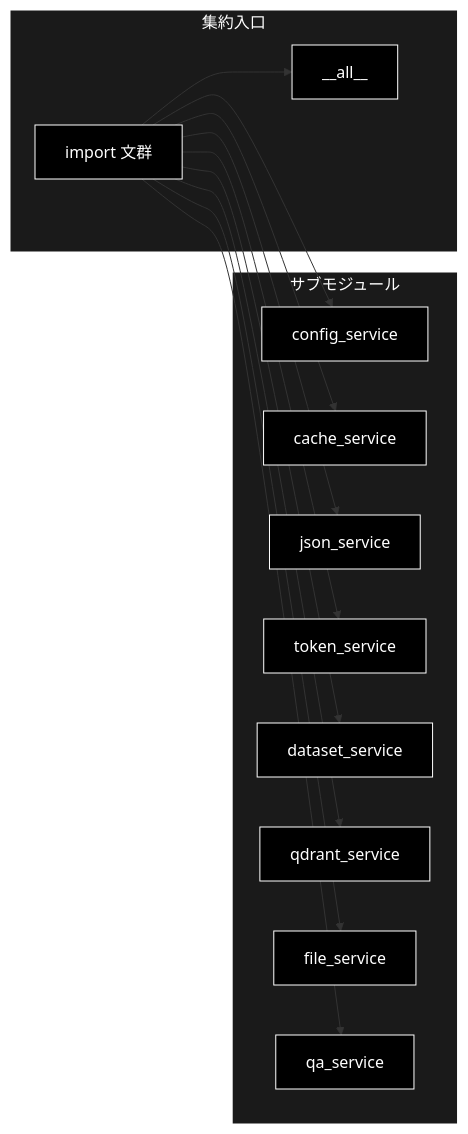
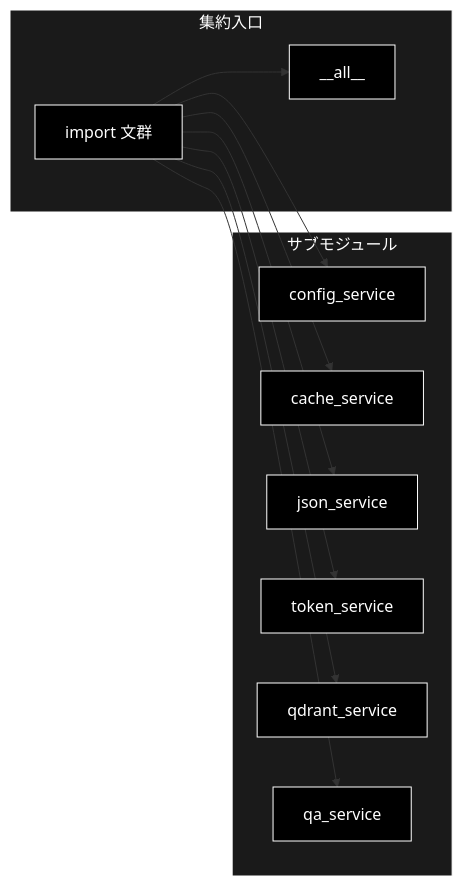
The second of 3 diagrams in services/docs/__init__.md (nakashima2toshio/grace_v2_local), drawn with Mermaid before and after one commit. The commit also changed other lines of this file and 11 other files, not shown here.

First line of the commit message:
chore(services): 呼び出し元の無い dataset_service / file_service を削除する

````diff
--- a/services/docs/__init__.md
+++ b/services/docs/__init__.md
@@ -121,33 +121,29 @@
 ```mermaid
 flowchart LR
     subgraph ENTRY["集約入口"]
         ALL["__all__"]
         IMPORTS["import 文群"]
     end
 
     subgraph SERVICES["サブモジュール"]
         CFG["config_service"]
         CCH["cache_service"]
         JSN["json_service"]
         TKN["token_service"]
-        DST["dataset_service"]
         QDR["qdrant_service"]
-        FLE["file_service"]
         QAA["qa_service"]
     end
 
     IMPORTS --> CFG
     IMPORTS --> CCH
     IMPORTS --> JSN
     IMPORTS --> TKN
-    IMPORTS --> DST
     IMPORTS --> QDR
-    IMPORTS --> FLE
     IMPORTS --> QAA
     IMPORTS --> ALL
 classDef default fill:#000,stroke:#fff,color:#fff
 classDef subgraphStyle fill:#1a1a1a,stroke:#fff,color:#fff
-class ALL,IMPORTS,CFG,CCH,JSN,TKN,DST,QDR,FLE,QAA default
+class ALL,IMPORTS,CFG,CCH,JSN,TKN,QDR,QAA default
 style ENTRY fill:#1a1a1a,stroke:#fff,color:#fff
 style SERVICES fill:#1a1a1a,stroke:#fff,color:#fff
 ```
````
